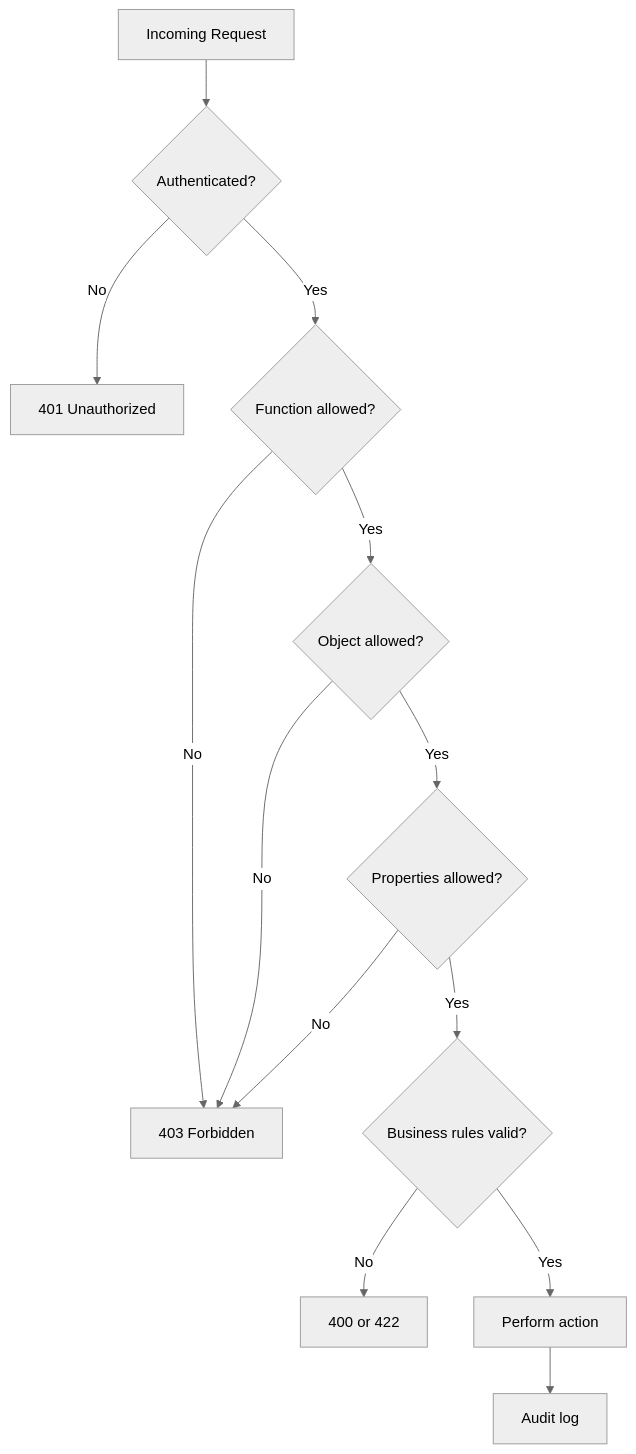
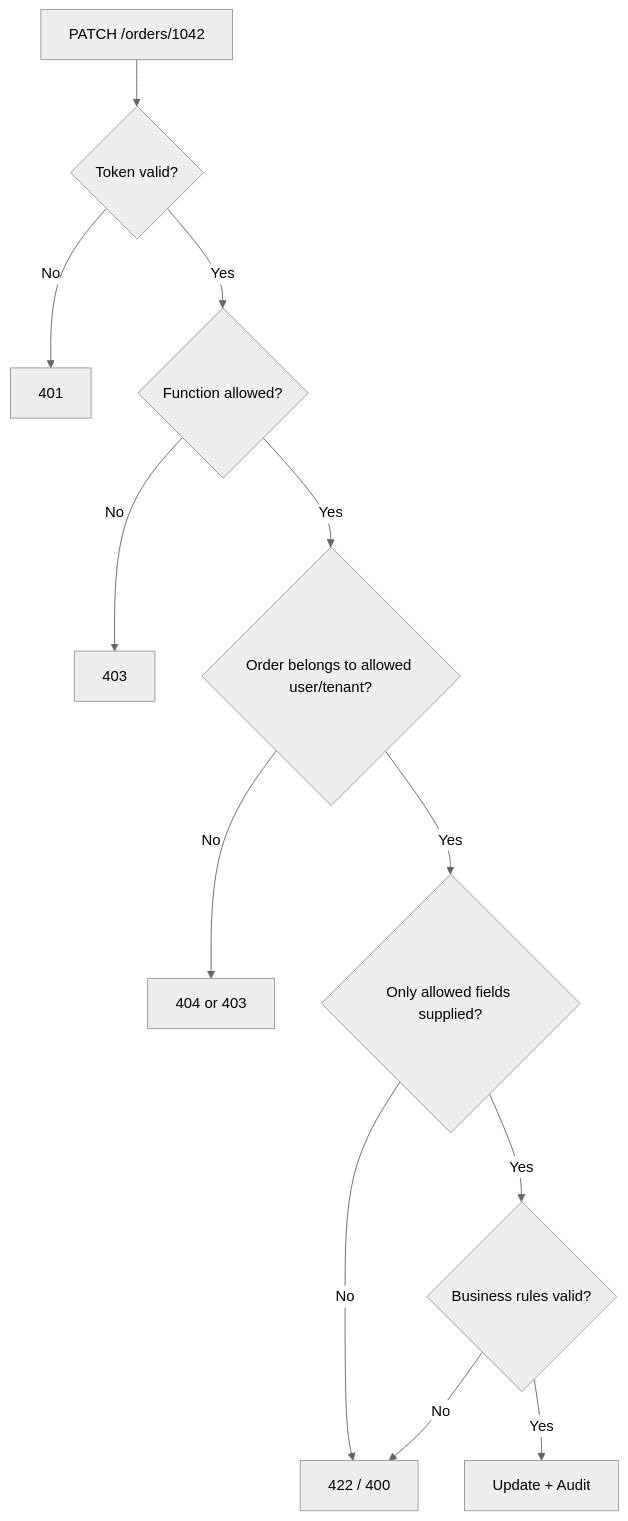
The fourth of 4 diagrams in src/content/security/owasp-api-top-10.md (AvadhBhalodiya/Interview-Preparation), drawn with Mermaid (neutral theme) before and after one commit. The commit also changed other lines of this file and 54 other files, not shown here.

````diff
--- a/src/content/security/owasp-api-top-10.md
+++ b/src/content/security/owasp-api-top-10.md
@@ -1133,15 +416,14 @@
 ```mermaid
 flowchart TD
-    A[Incoming Request] --> B{Authenticated?}
-    B -- No --> X[401 Unauthorized]
+    A[PATCH /orders/1042] --> B{Token valid?}
+    B -- No --> X[401]
     B -- Yes --> C{Function allowed?}
-    C -- No --> Y[403 Forbidden]
-    C -- Yes --> D{Object allowed?}
-    D -- No --> Y
-    D -- Yes --> E{Properties allowed?}
-    E -- No --> Y
+    C -- No --> Y[403]
+    C -- Yes --> D{Order belongs to allowed user/tenant?}
+    D -- No --> Z[404 or 403]
+    D -- Yes --> E{Only allowed fields supplied?}
+    E -- No --> Q[422 / 400]
     E -- Yes --> F{Business rules valid?}
-    F -- No --> Z[400 or 422]
-    F -- Yes --> G[Perform action]
-    G --> H[Audit log]
+    F -- No --> Q
+    F -- Yes --> G[Update + Audit]
 ```
````
